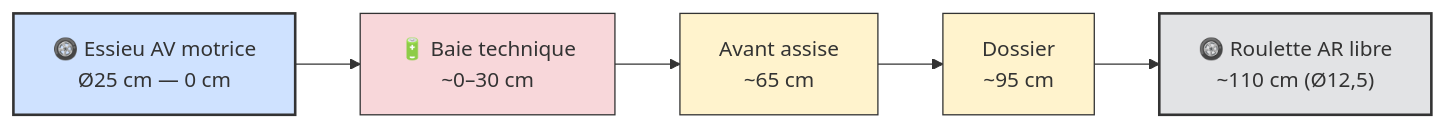
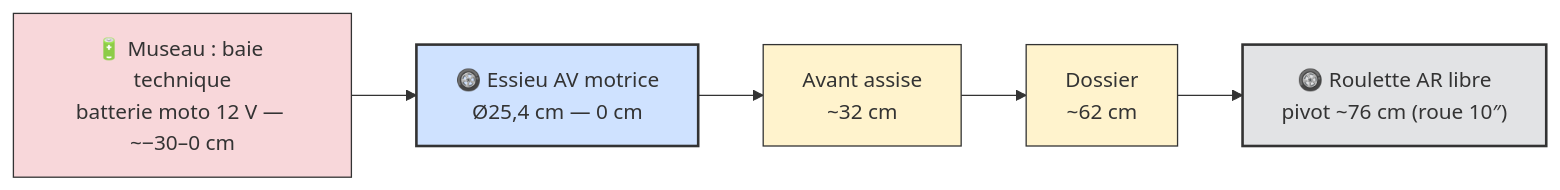
One commit to pinkymaxou/powered-soapbox-car changed the second of 10 diagrams in README.md. Above: the diagram before and after it, drawn with Mermaid. The commit also changed other lines of this file and 4 other files, not shown here.

First line of the commit message:
Essieu avant reculé (braquage court) + batterie moto 12 V dans le museau

````diff
--- a/README.md
+++ b/README.md
@@ -158,19 +160,19 @@
 ```mermaid
 flowchart LR
-    AV["🛞 Essieu AV motrice<br/>Ø25 cm — 0 cm"]
-    BAY["🔋 Baie technique<br/>~0–30 cm"]
-    ASS["Avant assise<br/>~65 cm"]
-    DOS["Dossier<br/>~95 cm"]
-    AR["🛞 Roulette AR libre<br/>~110 cm (Ø12,5)"]
+    BAY["🔋 Museau : baie technique<br/>batterie moto 12 V — ~−30–0 cm"]
+    AV["🛞 Essieu AV motrice<br/>Ø25,4 cm — 0 cm"]
+    ASS["Avant assise<br/>~32 cm"]
+    DOS["Dossier<br/>~62 cm"]
+    AR["🛞 Roulette AR libre<br/>pivot ~76 cm (roue 10″)"]
 
-    AV --> BAY --> ASS --> DOS --> AR
+    BAY --> AV --> ASS --> DOS --> AR
 
     classDef axe fill:#cfe2ff,stroke:#333,stroke-width:2px;
     classDef caster fill:#e2e3e5,stroke:#333,stroke-width:2px;
     classDef ergo fill:#fff3cd,stroke:#333;
     classDef elec fill:#f8d7da,stroke:#333;
     class AV axe;
     class AR caster;
     class ASS,DOS ergo;
     class BAY elec;
 ```
````
